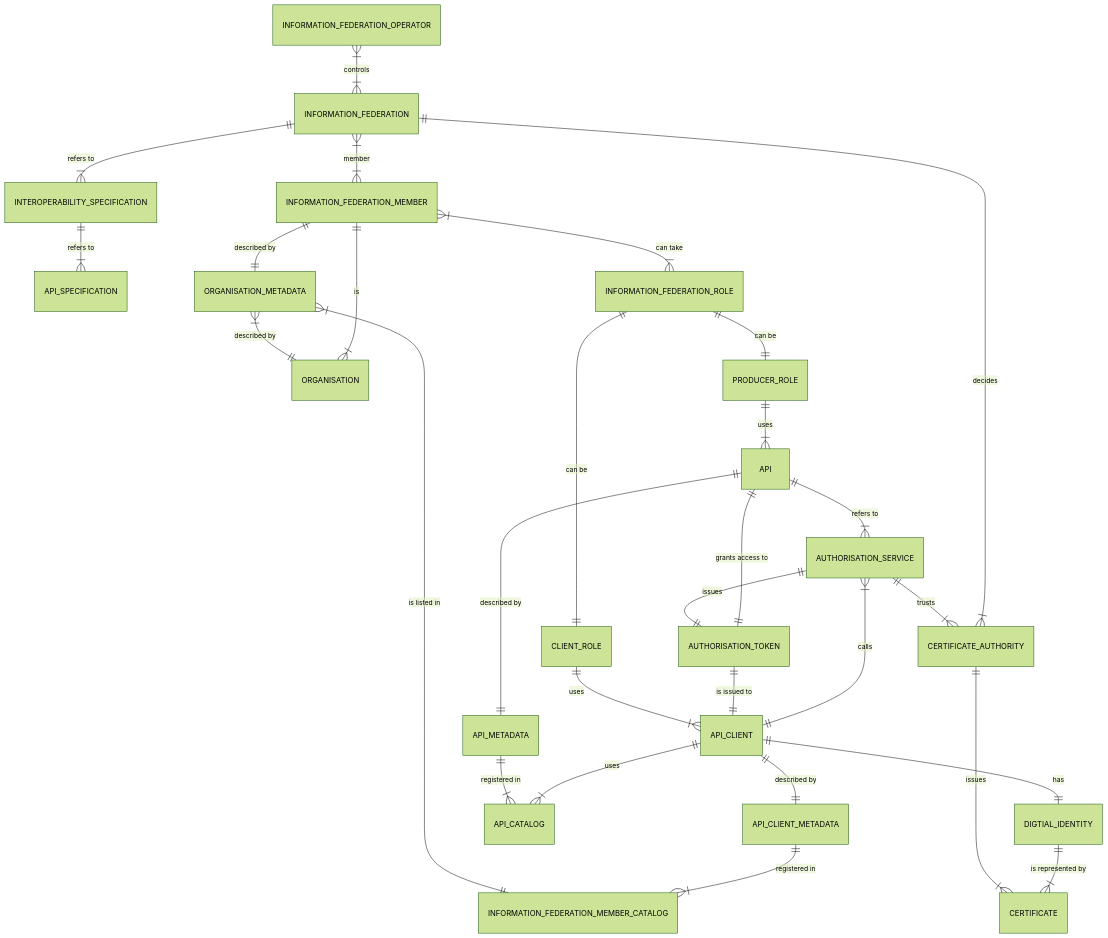
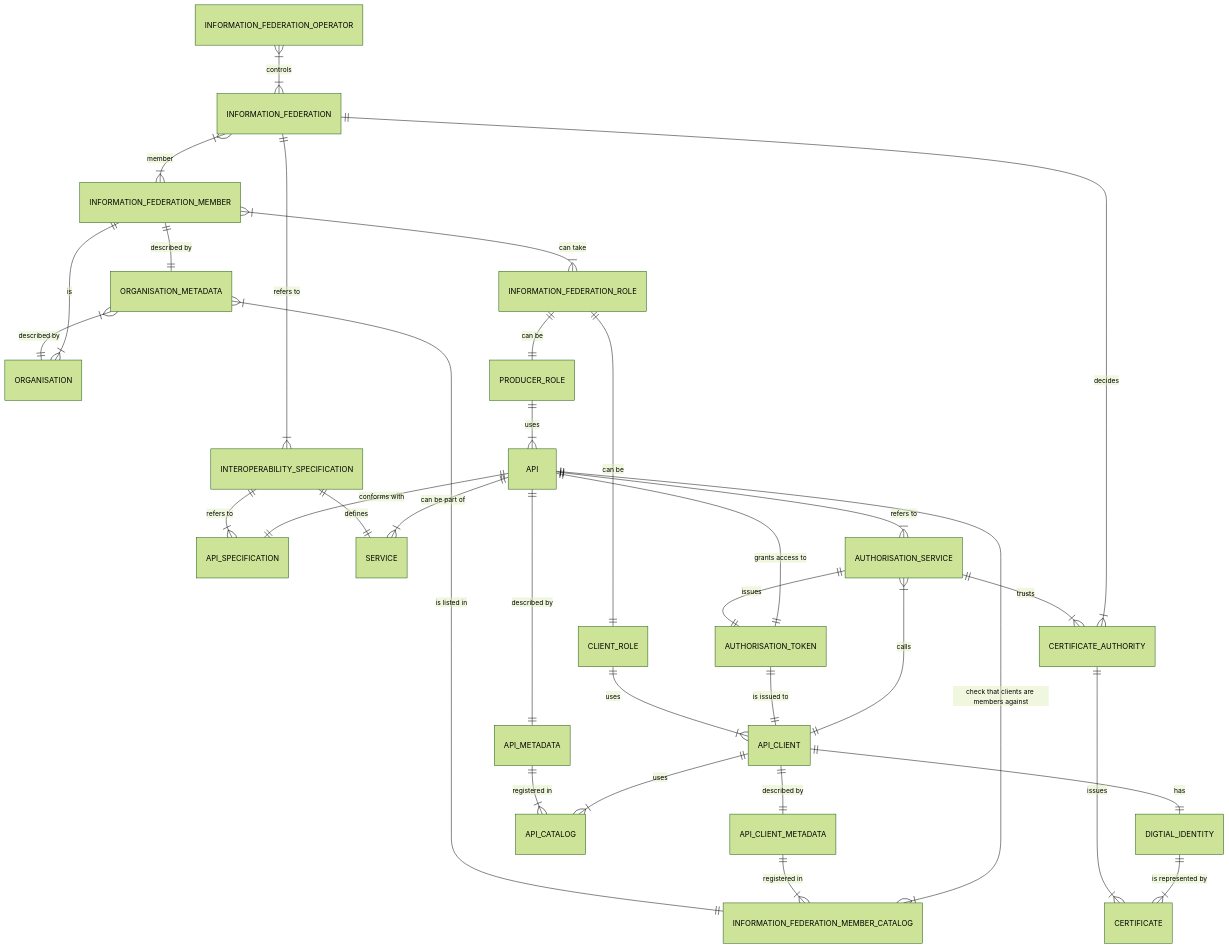
The diagram in Federation_Simpel_infomodell.mmd (anders-malmros-inera/t2mmd), drawn with Mermaid before and after one commit.

```diff
--- a/Federation_Simpel_infomodell.mmd
+++ b/Federation_Simpel_infomodell.mmd
@@ -1,36 +1,41 @@
 erDiagram
 %%{init: {'theme':'forest'}}%%
 INFORMATION_FEDERATION_OPERATOR }|--|{ INFORMATION_FEDERATION : "controls"
 INFORMATION_FEDERATION }|--|{ INFORMATION_FEDERATION_MEMBER : "member"
 INFORMATION_FEDERATION ||--|{ INTEROPERABILITY_SPECIFICATION: "refers to"
 INTEROPERABILITY_SPECIFICATION ||--|{ API_SPECIFICATION: "refers to"
+INTEROPERABILITY_SPECIFICATION ||--|| SERVICE: "defines"
 ORGANISATION }|--|| INFORMATION_FEDERATION_MEMBER: "is"
 INFORMATION_FEDERATION_MEMBER ||--|| ORGANISATION_METADATA: "described by"
 INFORMATION_FEDERATION_MEMBER }|--|{ INFORMATION_FEDERATION_ROLE: "can take"
 
 
 ORGANISATION_METADATA }|--|| ORGANISATION: "described by"
 ORGANISATION_METADATA }|--|| INFORMATION_FEDERATION_MEMBER_CATALOG: "is listed in"
 INFORMATION_FEDERATION_ROLE ||--|| PRODUCER_ROLE: "can be"
 INFORMATION_FEDERATION_ROLE ||--|| CLIENT_ROLE: "can be"
 
 PRODUCER_ROLE ||--|{API: "uses"
+API ||--|| API_SPECIFICATION : "conforms with"
+API ||--|{SERVICE : "can be part of"
 CLIENT_ROLE ||--|{API_CLIENT: "uses"
 API_CLIENT ||--|| API_CLIENT_METADATA : "described by"
 API_METADATA ||--|{API_CATALOG: "registered in"
 API_CLIENT_METADATA ||--|{ INFORMATION_FEDERATION_MEMBER_CATALOG:"registered in"
 
 API_CLIENT ||--|{API_CATALOG : "uses"
 AUTHORISATION_TOKEN ||--|| API: "grants access to"
 
 API ||--|{ AUTHORISATION_SERVICE: "refers to"
+API ||--|{ INFORMATION_FEDERATION_MEMBER_CATALOG: "check that clients are members against"
+
 API_CLIENT ||--|| DIGTIAL_IDENTITY :"has"
 AUTHORISATION_SERVICE ||--|{ CERTIFICATE_AUTHORITY: "trusts"
 INFORMATION_FEDERATION ||--|{ CERTIFICATE_AUTHORITY: "decides"
 CERTIFICATE_AUTHORITY ||--|{ CERTIFICATE : "issues"
 
 DIGTIAL_IDENTITY||--|{CERTIFICATE: "is represented by"
 AUTHORISATION_SERVICE ||--|| AUTHORISATION_TOKEN : "issues"
 AUTHORISATION_TOKEN ||--|| API_CLIENT : "is issued to"
 API_CLIENT ||--|{ AUTHORISATION_SERVICE: "calls"
 API ||--|| API_METADATA: "described by"
```
